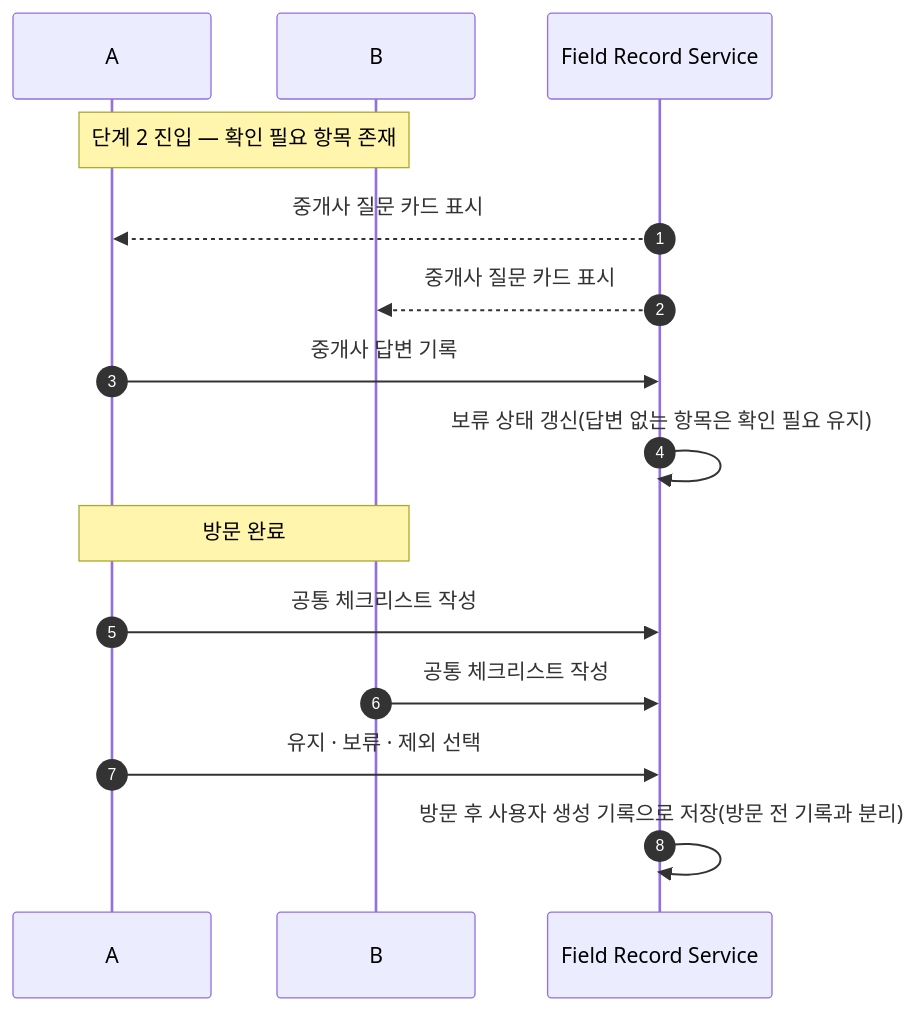
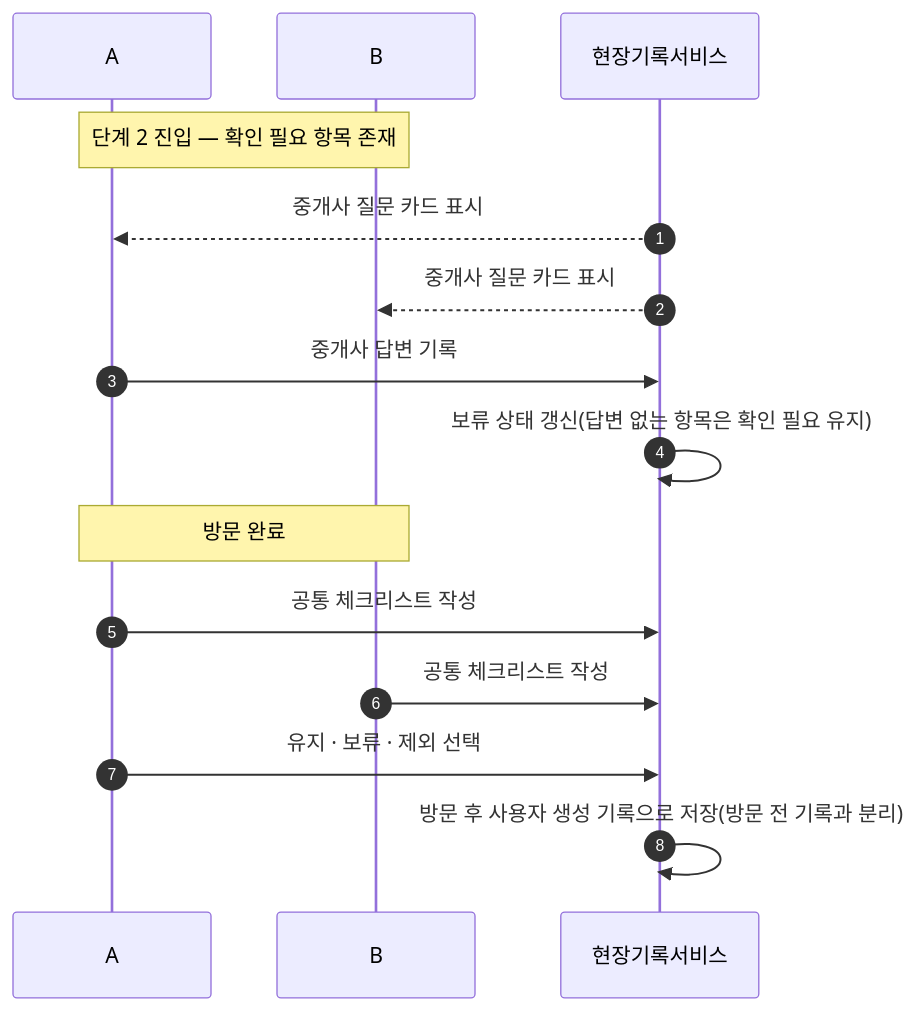
Before and after one commit to soobworks/SRS_project: diagram 17 of 23 in SRS_project/같이보기-technical-design-v1_0.md, drawn with Mermaid. The commit also changed other lines of this file, not shown here.

First line of the commit message:
Translate class/sequence diagram identifiers in TDD §4-5 to Korean

````diff
--- a/SRS_project/같이보기-technical-design-v1_0.md
+++ b/SRS_project/같이보기-technical-design-v1_0.md
@@ -752,18 +752,18 @@
 ```mermaid
 sequenceDiagram
     autonumber
     participant A as A
     participant B as B
-    participant FRS as Field Record Service
+    participant FRS as 현장기록서비스
 
     Note over A,B: 단계 2 진입 — 확인 필요 항목 존재
     FRS-->>A: 중개사 질문 카드 표시
     FRS-->>B: 중개사 질문 카드 표시
     A->>FRS: 중개사 답변 기록
     FRS->>FRS: 보류 상태 갱신(답변 없는 항목은 확인 필요 유지)
     Note over A,B: 방문 완료
     A->>FRS: 공통 체크리스트 작성
     B->>FRS: 공통 체크리스트 작성
     A->>FRS: 유지 · 보류 · 제외 선택
     FRS->>FRS: 방문 후 사용자 생성 기록으로 저장(방문 전 기록과 분리)
 ```
````
